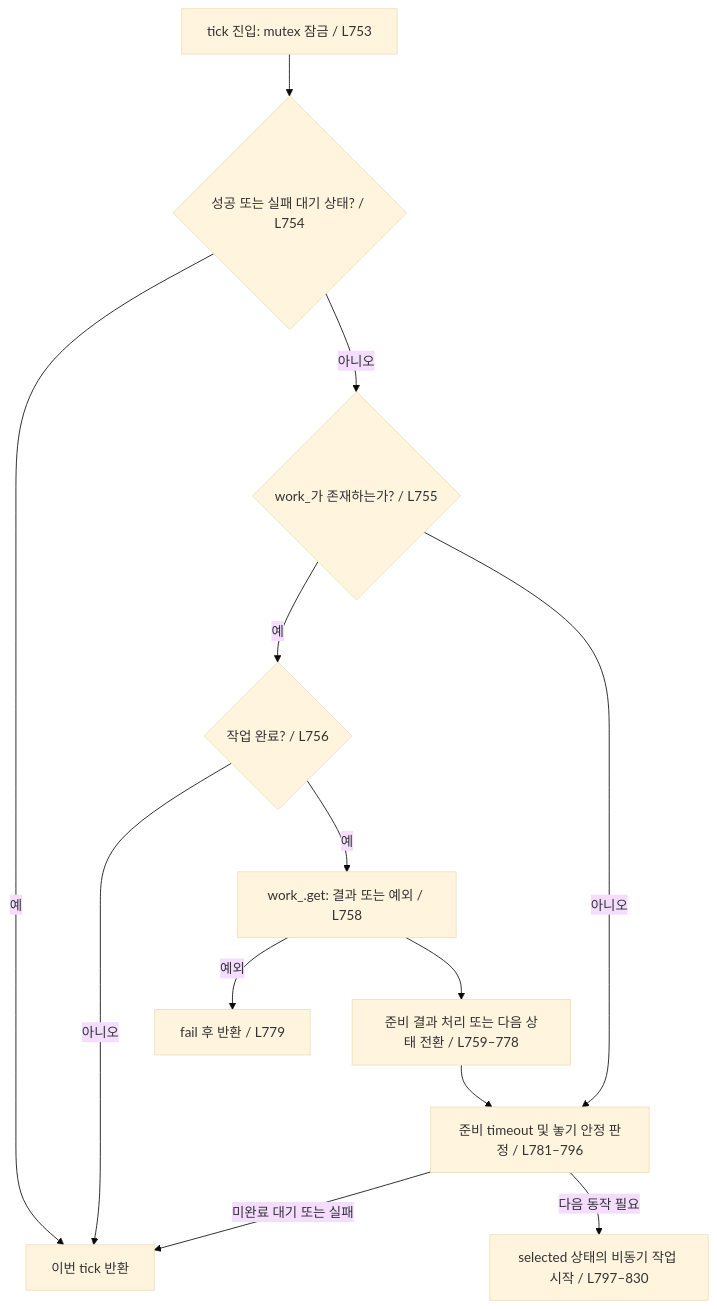
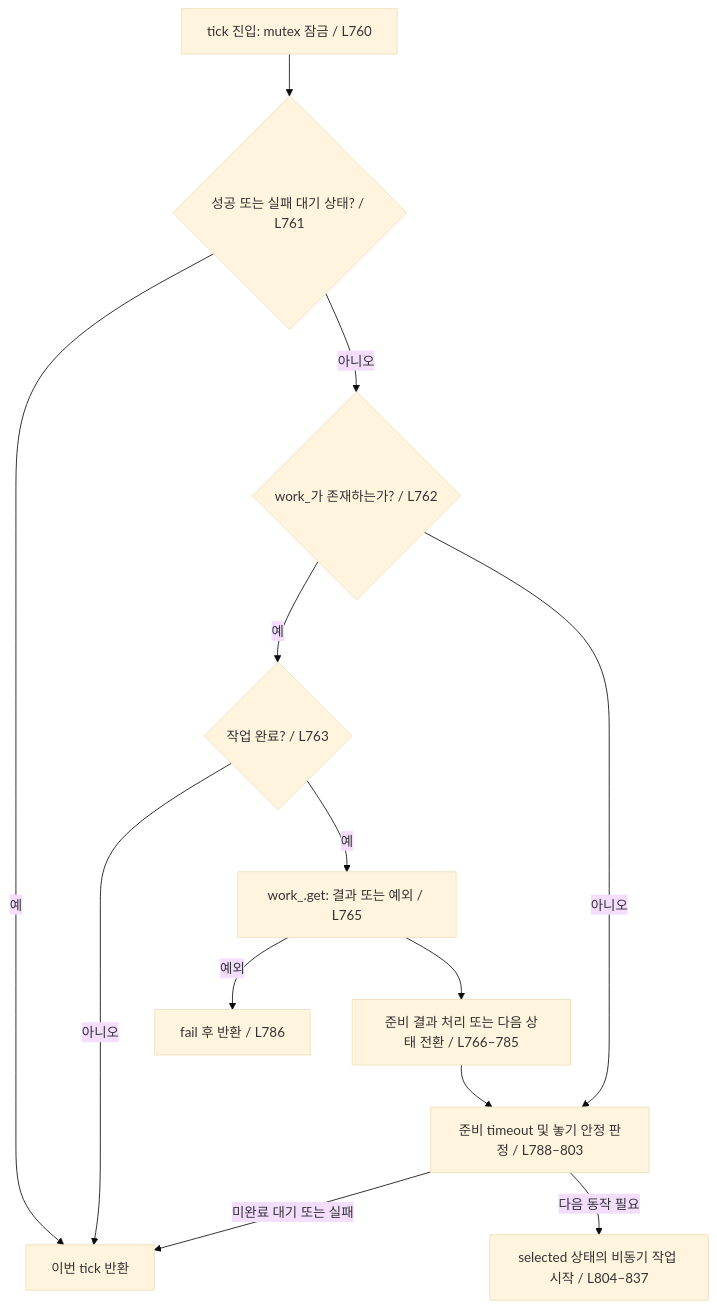
One commit to dongseoki/my_arm_with_ball changed the third of 4 diagrams in docs/pick_and_place_test_cpp해설.md. Above: the diagram before and after it, drawn with Mermaid (base theme). The commit also changed other lines of this file and 1 other file, not shown here.

````diff
--- a/docs/pick_and_place_test_cpp해설.md
+++ b/docs/pick_and_place_test_cpp해설.md
@@ -100,15 +100,15 @@
 ```mermaid
 flowchart TD
-    ENTER["tick 진입: mutex 잠금 / L753"] --> END{"성공 또는 실패 대기 상태? / L754"}
+    ENTER["tick 진입: mutex 잠금 / L760"] --> END{"성공 또는 실패 대기 상태? / L761"}
     END -->|예| RET["이번 tick 반환"]
-    END -->|아니오| HAS{"work_가 존재하는가? / L755"}
-    HAS -->|예| DONE{"작업 완료? / L756"}
+    END -->|아니오| HAS{"work_가 존재하는가? / L762"}
+    HAS -->|예| DONE{"작업 완료? / L763"}
     DONE -->|아니오| RET
-    DONE -->|예| GET["work_.get: 결과 또는 예외 / L758"]
-    GET -->|예외| FAIL["fail 후 반환 / L779"]
-    GET --> NEXT["준비 결과 처리 또는 다음 상태 전환 / L759–778"]
-    NEXT --> CHECK["준비 timeout 및 놓기 안정 판정 / L781–796"]
+    DONE -->|예| GET["work_.get: 결과 또는 예외 / L765"]
+    GET -->|예외| FAIL["fail 후 반환 / L786"]
+    GET --> NEXT["준비 결과 처리 또는 다음 상태 전환 / L766–785"]
+    NEXT --> CHECK["준비 timeout 및 놓기 안정 판정 / L788–803"]
     HAS -->|아니오| CHECK
     CHECK -->|"미완료 대기 또는 실패"| RET
-    CHECK -->|"다음 동작 필요"| START["selected 상태의 비동기 작업 시작 / L797–830"]
+    CHECK -->|"다음 동작 필요"| START["selected 상태의 비동기 작업 시작 / L804–837"]
 ```
````
